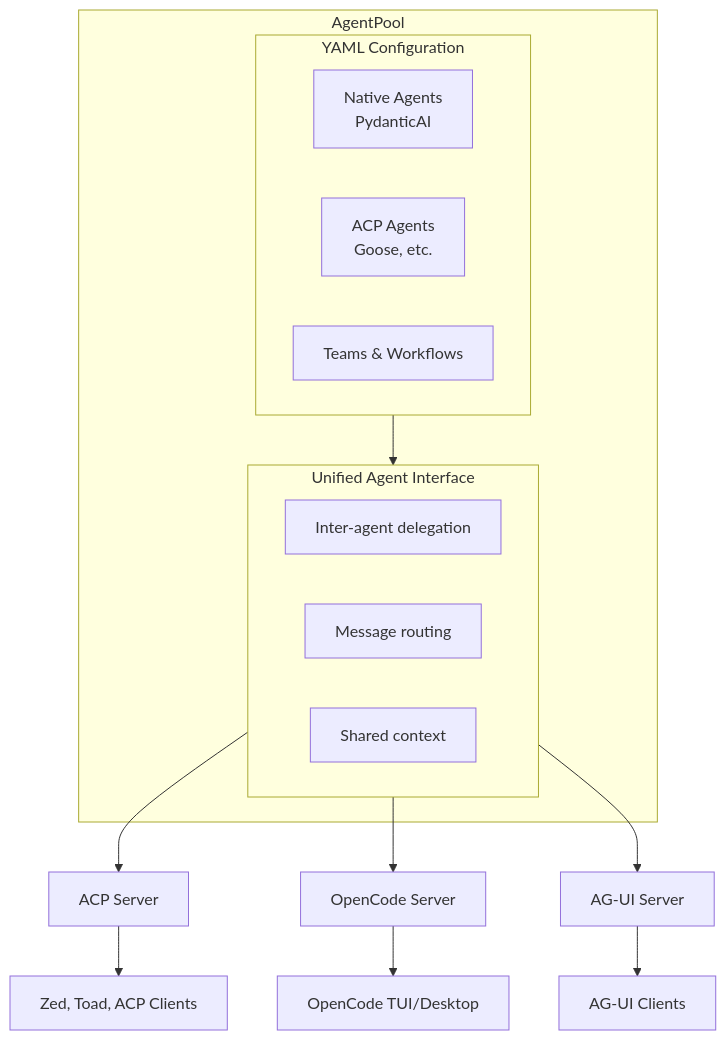
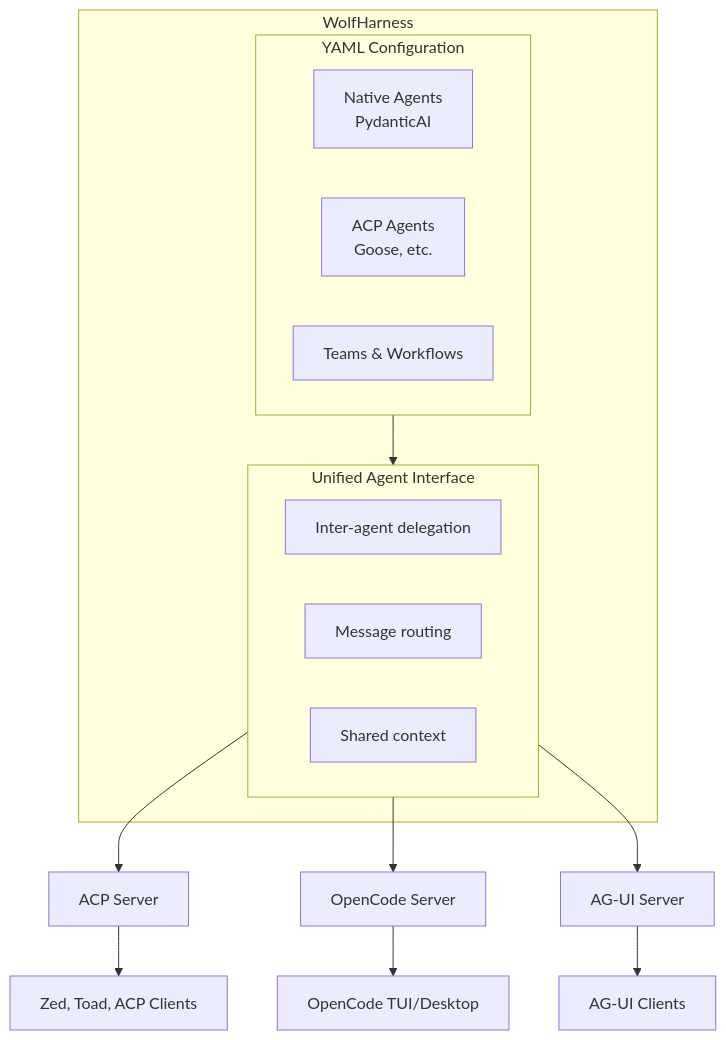
The diagram in README.md (Leoyzen/agentpool), drawn with Mermaid before and after one commit. The commit also changed other lines of this file and 1 other file, not shown here.

First line of the commit message:
docs(readme): rewrite README with logo, features, roadmap, and contributor sections

````diff
--- a/README.md
+++ b/README.md
@@ -21,26 +104,22 @@
 ```mermaid
 flowchart TB
-    subgraph AgentPool
+    subgraph WolfHarness
         subgraph config[YAML Configuration]
             native[Native Agents<br/>PydanticAI]
             acp_agents[ACP Agents<br/>Goose, etc.]
             workflows[Teams & Workflows]
         end
-        
         subgraph interface[Unified Agent Interface]
             delegation[Inter-agent delegation]
             routing[Message routing]
             context[Shared context]
         end
-        
         config --> interface
     end
-    
     interface --> acp_server[ACP Server]
     interface --> opencode_server[OpenCode Server]
     interface --> agui_server[AG-UI Server]
-    
     acp_server --> clients1[Zed, Toad, ACP Clients]
     opencode_server --> clients2[OpenCode TUI/Desktop]
     agui_server --> clients3[AG-UI Clients]
 ```
````
